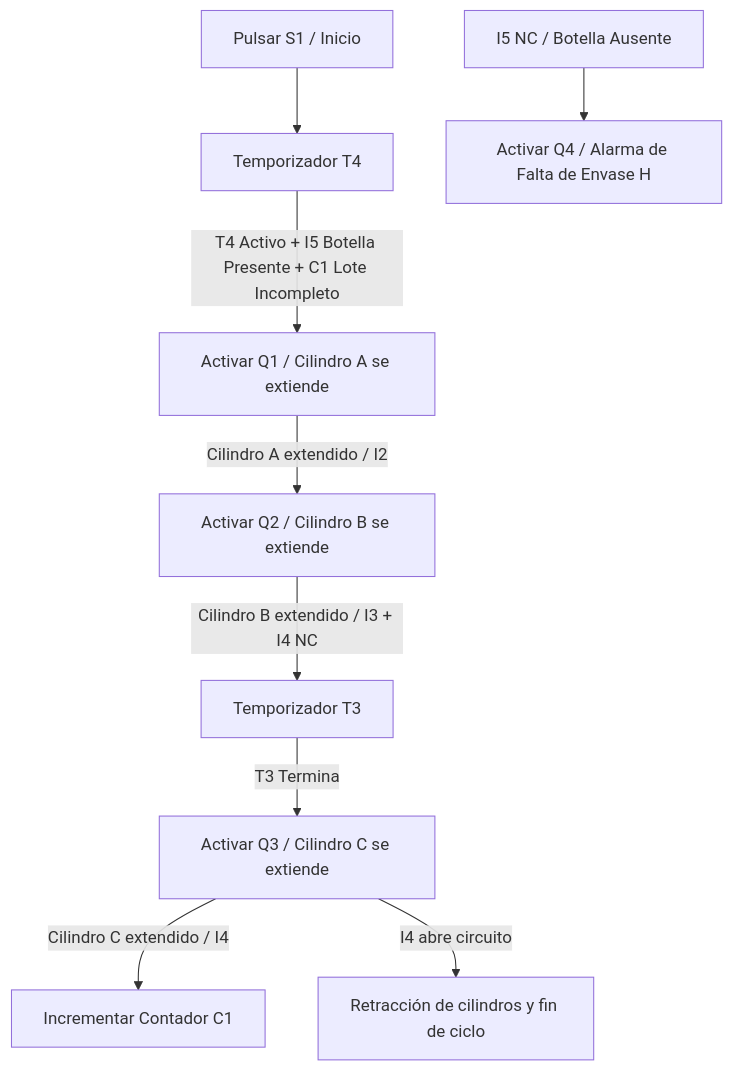
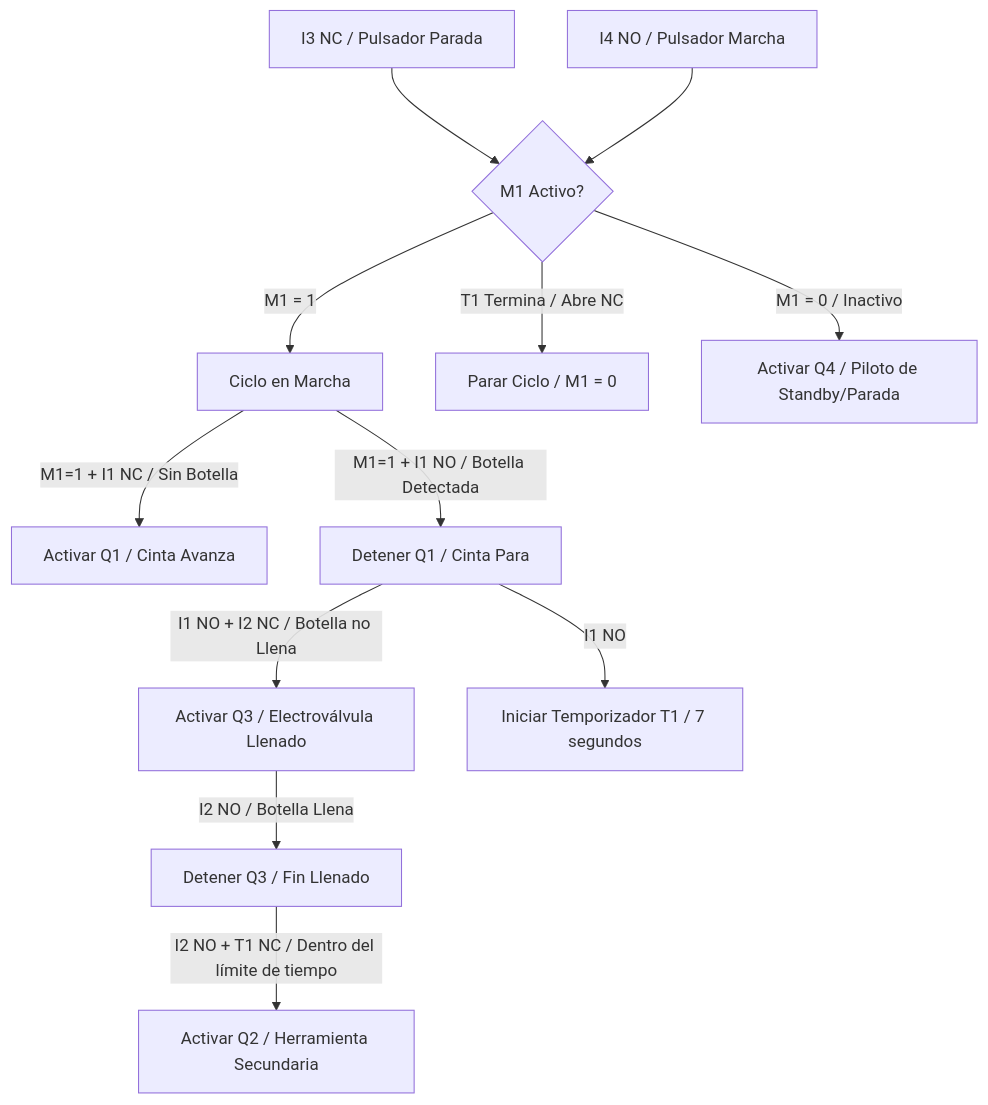
Before and after one commit to HanYue2000/Dosificadora: the diagram in Documentacion.md, drawn with Mermaid. The commit also changed other lines of this file and 11 other files, not shown here.

````diff
--- a/Documentacion.md
+++ b/Documentacion.md
@@ -43,11 +19,18 @@
 ```mermaid
 flowchart TD
-    I1[Pulsar S1 / Inicio] --> T4[Temporizador T4]
-    T4 -->|T4 Activo + I5 Botella Presente + C1 Lote Incompleto| Q1[Activar Q1 / Cilindro A se extiende]
-    Q1 -->|Cilindro A extendido / I2| Q2[Activar Q2 / Cilindro B se extiende]
-    Q2 -->|Cilindro B extendido / I3 + I4 NC| T3[Temporizador T3]
-    T3 -->|T3 Termina| Q3[Activar Q3 / Cilindro C se extiende]
-    Q3 -->|Cilindro C extendido / I4| C1[Incrementar Contador C1]
-    Q3 -->|I4 abre circuito| Retraccion[Retracción de cilindros y fin de ciclo]
-    I5_NC[I5 NC / Botella Ausente] --> Q4[Activar Q4 / Alarma de Falta de Envase H]
+    Stop[I3 NC / Pulsador Parada] --> Latch{M1 Activo?}
+    Start[I4 NO / Pulsador Marcha] --> Latch
+    Latch -->|M1 = 1| RunState[Ciclo en Marcha]
+    Latch -->|T1 Termina / Abre NC| StopCycle[Parar Ciclo / M1 = 0]
+    
+    RunState -->|M1=1 + I1 NC / Sin Botella| Conveyor[Activar Q1 / Cinta Avanza]
+    RunState -->|M1=1 + I1 NO / Botella Detectada| StopConveyor[Detener Q1 / Cinta Para]
+    
+    StopConveyor -->|I1 NO + I2 NC / Botella no Llena| Filling[Activar Q3 / Electroválvula Llenado]
+    StopConveyor -->|I1 NO| TimerStart[Iniciar Temporizador T1 / 7 segundos]
+    
+    Filling -->|I2 NO / Botella Llena| StopFilling[Detener Q3 / Fin Llenado]
+    StopFilling -->|I2 NO + T1 NC / Dentro del límite de tiempo| Capping[Activar Q2 / Herramienta Secundaria]
+    
+    Latch -->|M1 = 0 / Inactivo| Standby[Activar Q4 / Piloto de Standby/Parada]
 ```
````
